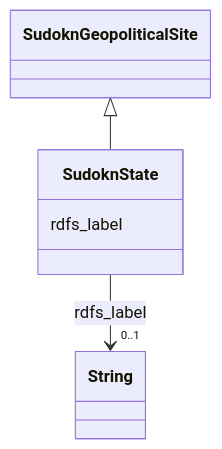
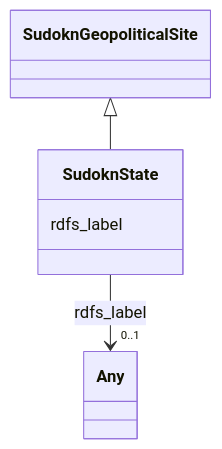
The diagram in sudokn-kg/classes/SudoknState.md (frink-okn/graph-descriptions), drawn with Mermaid before and after one commit. The commit also changed other lines of this file and 903 other files, not shown here.

````diff
--- a/sudokn-kg/classes/SudoknState.md
+++ b/sudokn-kg/classes/SudoknState.md
@@ -23,18 +18,18 @@
 ```mermaid
  classDiagram
     class SudoknState
     click SudoknState href "../SudoknState"
       SudoknGeopoliticalSite <|-- SudoknState
         click SudoknGeopoliticalSite href "../SudoknGeopoliticalSite"
       
       SudoknState : rdfs_label
         
           
     
     
-    SudoknState --> "0..1" String : rdfs_label
-    click String href "../String"
+    SudoknState --> "0..1" Any : rdfs_label
+    click Any href "../Any"
 
         
       
 ```
````
